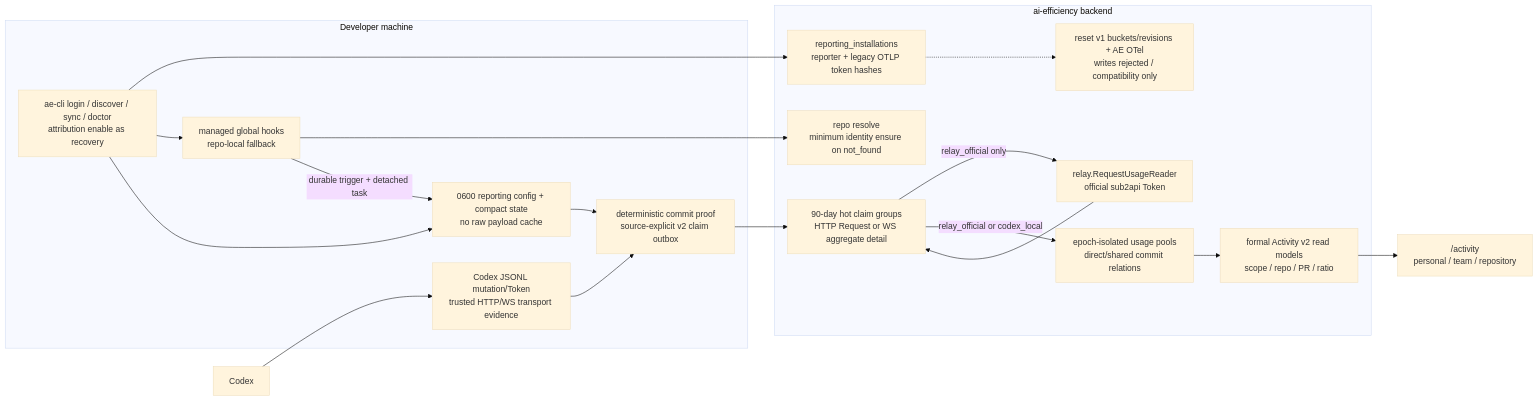
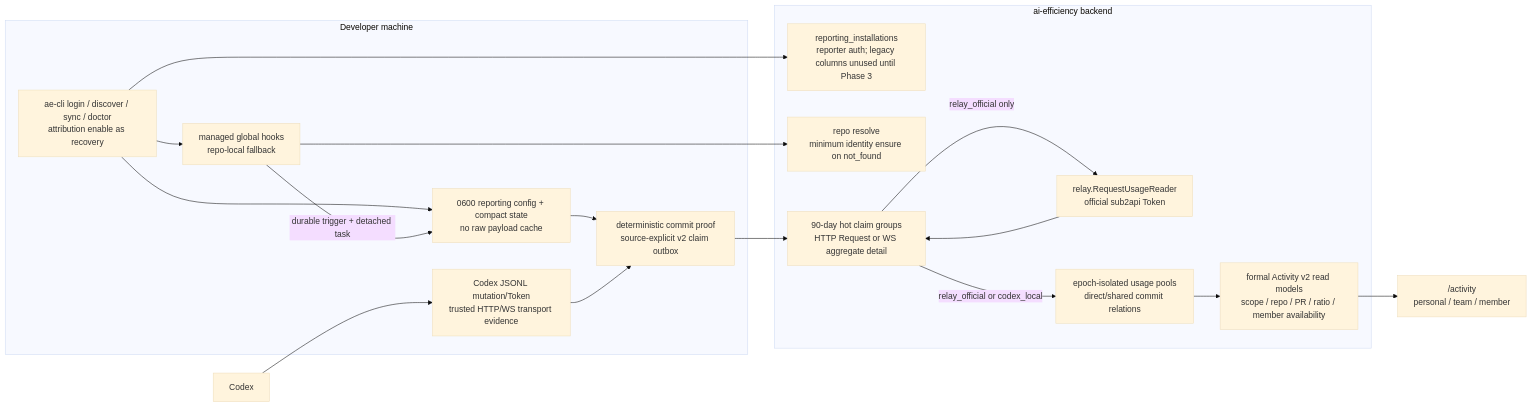
The fourth of 4 diagrams in docs/architecture.md (LichKing-2234/ai-efficiency), drawn with Mermaid (base theme) before and after one commit. The commit also changed other lines of this file and 77 other files, not shown here.

````diff
--- a/docs/architecture.md
+++ b/docs/architecture.md
@@ -729,40 +731,38 @@
 ```mermaid
 flowchart LR
     Codex["Codex"]
 
     subgraph Local["Developer machine"]
         CLI["ae-cli login / discover / sync / doctor<br/>attribution enable as recovery"]
         Hooks["managed global hooks<br/>repo-local fallback"]
         Evidence["Codex JSONL mutation/Token<br/>trusted HTTP/WS transport evidence"]
         Claims["deterministic commit proof<br/>source-explicit v2 claim outbox"]
         State["0600 reporting config + compact state<br/>no raw payload cache"]
     end
 
     subgraph Backend["ai-efficiency backend"]
-        Install["reporting_installations<br/>reporter + legacy OTLP token hashes"]
+        Install["reporting_installations<br/>reporter auth; legacy columns unused until Phase 3"]
         Resolve["repo resolve<br/>minimum identity ensure on not_found"]
         Hot["90-day hot claim groups<br/>HTTP Request or WS aggregate detail"]
         Relay["relay.RequestUsageReader<br/>official sub2api Token"]
         Pools["epoch-isolated usage pools<br/>direct/shared commit relations"]
-        Legacy["reset v1 buckets/revisions + AE OTel<br/>writes rejected / compatibility only"]
-        Activity["formal Activity v2 read models<br/>scope / repo / PR / ratio"]
+        Activity["formal Activity v2 read models<br/>scope / repo / PR / ratio / member availability"]
     end
 
-    UI["/activity<br/>personal / team / repository"]
+    UI["/activity<br/>personal / team / member"]
 
     CLI --> Install
     CLI --> Hooks
     CLI --> State
     Codex --> Evidence
     Hooks --> Resolve
     Hooks -->|"durable trigger + detached task"| State
     State --> Claims
     Evidence --> Claims
     Claims --> Hot
     Hot -->|"relay_official only"| Relay
     Relay --> Hot
     Hot -->|"relay_official or codex_local"| Pools
-    Install -.-> Legacy
     Pools --> Activity
     Activity --> UI
 ```
````
